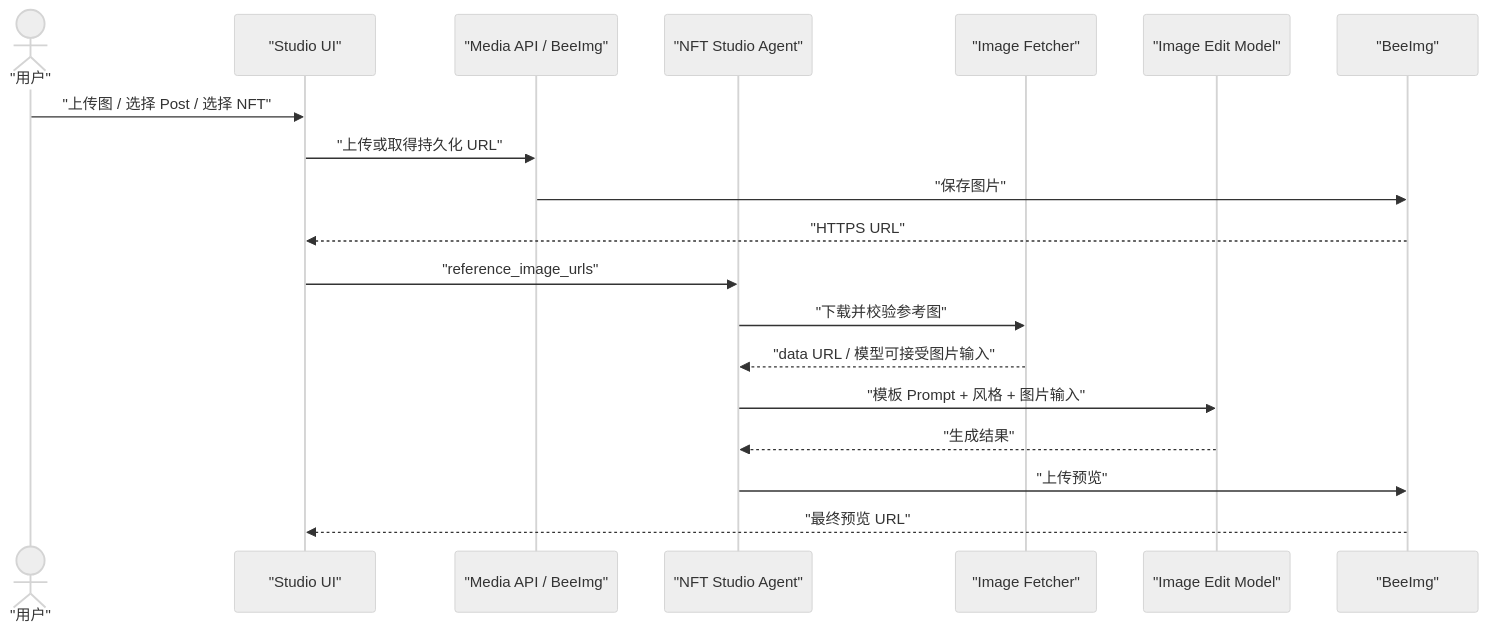
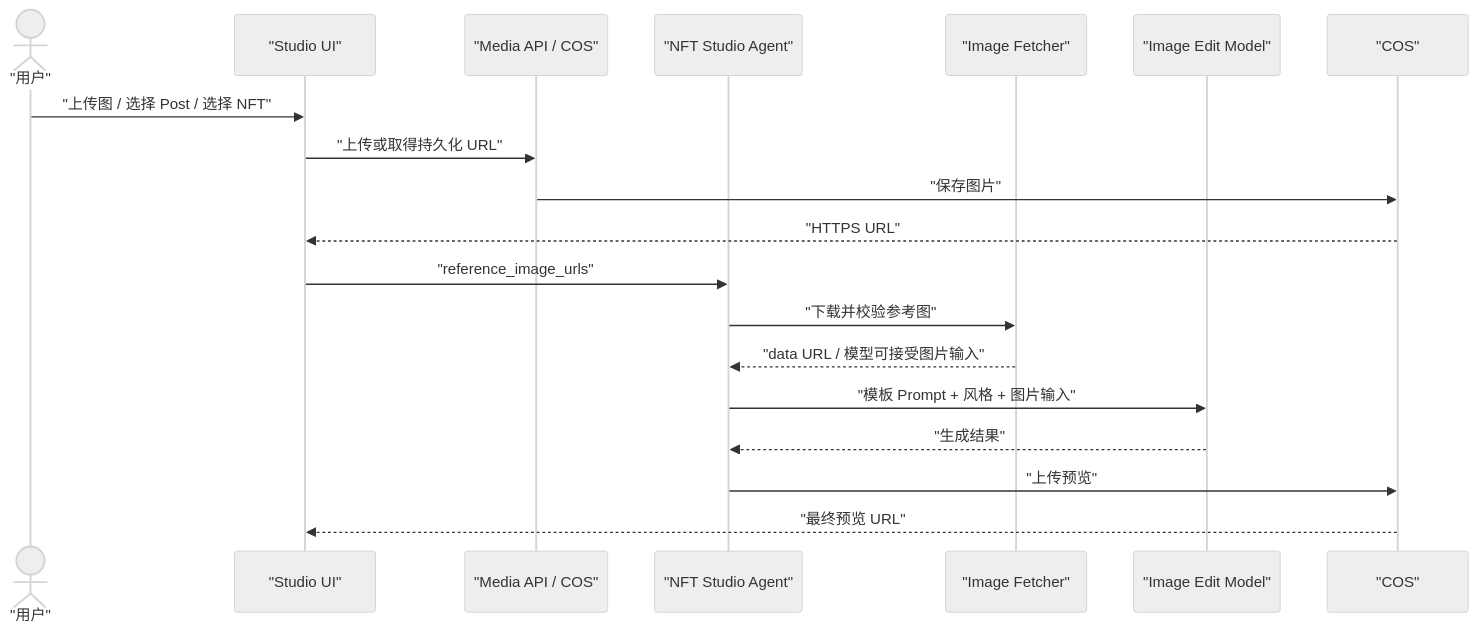
One commit to ouminghai/Fanora changed the fifth of 8 diagrams in docs/produce/AI_AGENT_DESIGN.md. Above: the diagram before and after it, drawn with Mermaid (neutral theme). The commit also changed other lines of this file and 78 other files, not shown here.

````diff
--- a/docs/produce/AI_AGENT_DESIGN.md
+++ b/docs/produce/AI_AGENT_DESIGN.md
@@ -222,22 +222,22 @@
 ```mermaid
 sequenceDiagram
     actor User as "用户"
     participant Web as "Studio UI"
-    participant Media as "Media API / BeeImg"
+    participant Media as "Media API / COS"
     participant Agent as "NFT Studio Agent"
     participant Fetch as "Image Fetcher"
     participant Model as "Image Edit Model"
-    participant Bee as "BeeImg"
+    participant Bee as "COS"
 
     User->>Web: "上传图 / 选择 Post / 选择 NFT"
     Web->>Media: "上传或取得持久化 URL"
     Media->>Bee: "保存图片"
     Bee-->>Web: "HTTPS URL"
     Web->>Agent: "reference_image_urls"
     Agent->>Fetch: "下载并校验参考图"
     Fetch-->>Agent: "data URL / 模型可接受图片输入"
     Agent->>Model: "模板 Prompt + 风格 + 图片输入"
     Model-->>Agent: "生成结果"
     Agent->>Bee: "上传预览"
     Bee-->>Web: "最终预览 URL"
 ```
````
